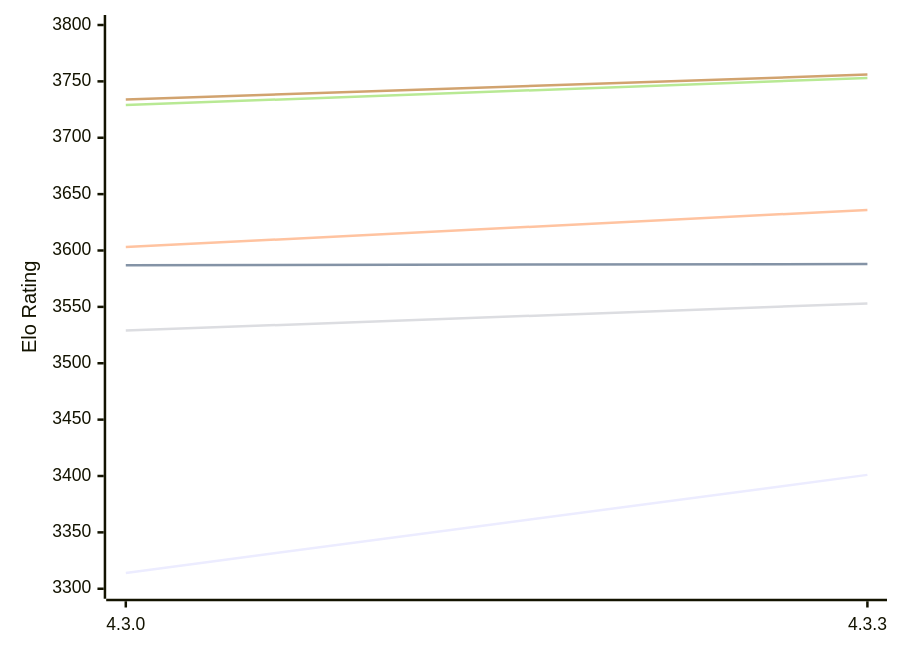
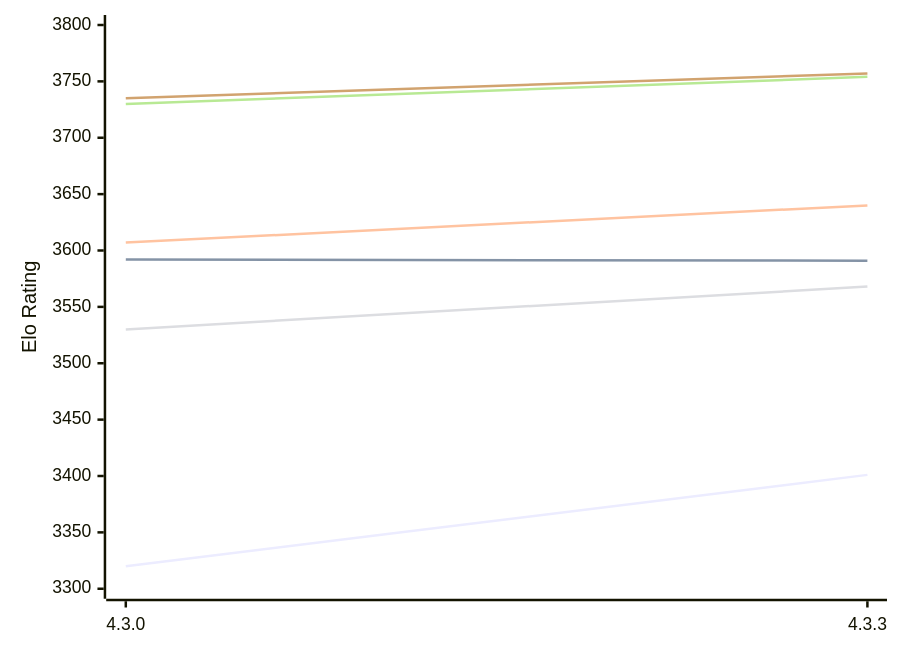
One commit to computer-chess-index/cci changed the first of 2 diagrams in engines/Gaia.md. Above: the diagram before and after it, drawn with Mermaid. The commit also changed other lines of this file, not shown here.

Commit message:
Update CCI Ratings (ELO VLTC) - 2026-10-17

````diff
--- a/engines/Gaia.md
+++ b/engines/Gaia.md
@@ -55,12 +55,12 @@
 ```mermaid
 %%{init: {"theme":"base","themeVariables":{"seriesColors:['#a3a3a3','#222221','#faa371']}}}%%
 xychart-beta
   x-axis ["4.3.0", "4.3.3"]
   y-axis "Elo Rating" 3300 --> 3800
-  line "E1: STC (8.0+0.08s)" [3314, 3401]
-  line "E1: LTC (60.0+0.60s)" [3587, 3588]
-  line "E1: VLTC (2m24s+1.12s)" [3603, 3636]
-  line "P1: STC (8.0+0.08s)" [3529, 3553]
-  line "P1: LTC (60.0+0.60s)" [3729, 3753]
-  line "P1: VLTC (2m24s+1.12s)" [3734, 3756]
+  line "E1: STC (8.0+0.08s)" [3320, 3401]
+  line "E1: LTC (60.0+0.60s)" [3592, 3591]
+  line "E1: VLTC (2m24s+1.12s)" [3607, 3640]
+  line "P1: STC (8.0+0.08s)" [3530, 3568]
+  line "P1: LTC (60.0+0.60s)" [3730, 3754]
+  line "P1: VLTC (2m24s+1.12s)" [3735, 3757]
 ```
````
